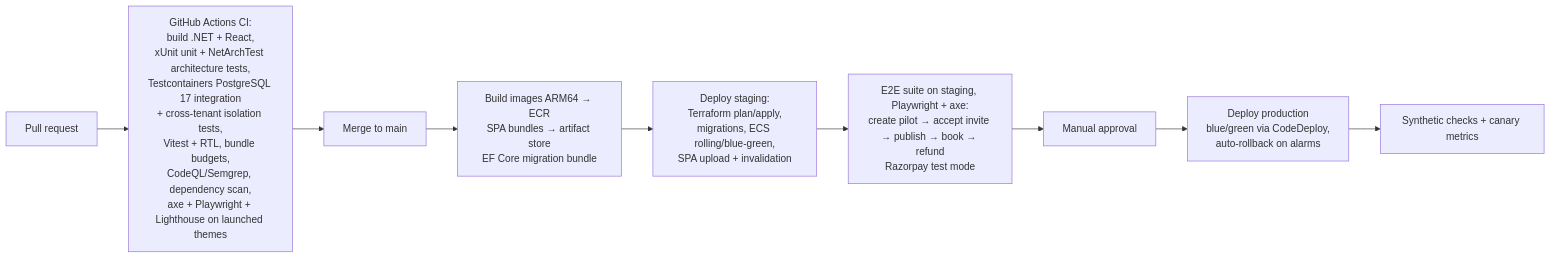
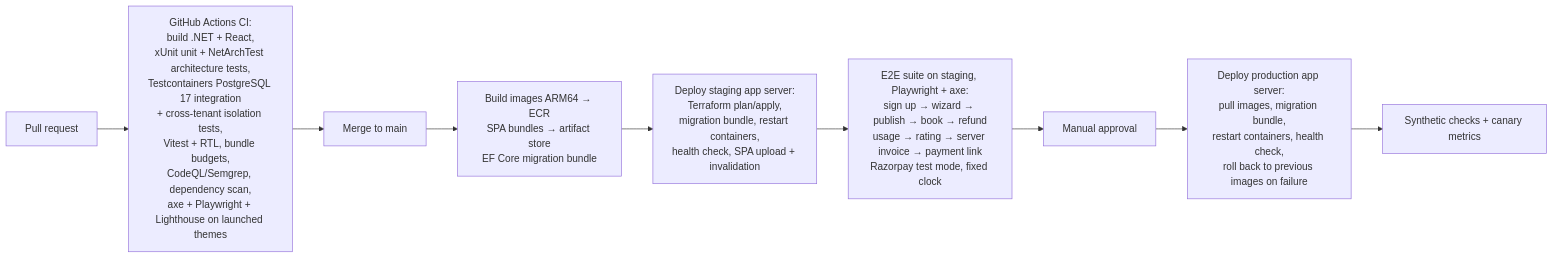
Before and after one commit to mathsyagiri-scrimpify/Cowos: the sixth of 6 diagrams in docs/requirements/08-architecture.md, drawn with Mermaid. The commit also changed other lines of this file and 18 other files, not shown here.

````diff
--- a/docs/requirements/08-architecture.md
+++ b/docs/requirements/08-architecture.md
@@ -377,11 +414,11 @@
 ```mermaid
 flowchart LR
     PR[Pull request] --> CI[GitHub Actions CI:<br/>build .NET + React,<br/>xUnit unit + NetArchTest architecture tests,<br/>Testcontainers PostgreSQL 17 integration<br/>+ cross-tenant isolation tests,<br/>Vitest + RTL, bundle budgets,<br/>CodeQL/Semgrep, dependency scan,<br/>axe + Playwright + Lighthouse on launched themes]
     CI --> M[Merge to main]
     M --> B[Build images ARM64 → ECR<br/>SPA bundles → artifact store<br/>EF Core migration bundle]
-    B --> ST[Deploy staging:<br/>Terraform plan/apply,<br/>migrations, ECS rolling/blue-green,<br/>SPA upload + invalidation]
-    ST --> E2E[E2E suite on staging, Playwright + axe:<br/>create pilot → accept invite → publish → book → refund<br/>Razorpay test mode]
+    B --> ST[Deploy staging app server:<br/>Terraform plan/apply,<br/>migration bundle, restart containers,<br/>health check, SPA upload + invalidation]
+    ST --> E2E[E2E suite on staging, Playwright + axe:<br/>sign up → wizard → publish → book → refund<br/>usage → rating → server invoice → payment link<br/>Razorpay test mode, fixed clock]
     E2E --> AP[Manual approval]
-    AP --> PR2[Deploy production<br/>blue/green via CodeDeploy,<br/>auto-rollback on alarms]
+    AP --> PR2[Deploy production app server:<br/>pull images, migration bundle,<br/>restart containers, health check,<br/>roll back to previous images on failure]
     PR2 --> SM[Synthetic checks + canary metrics]
 ```
````
